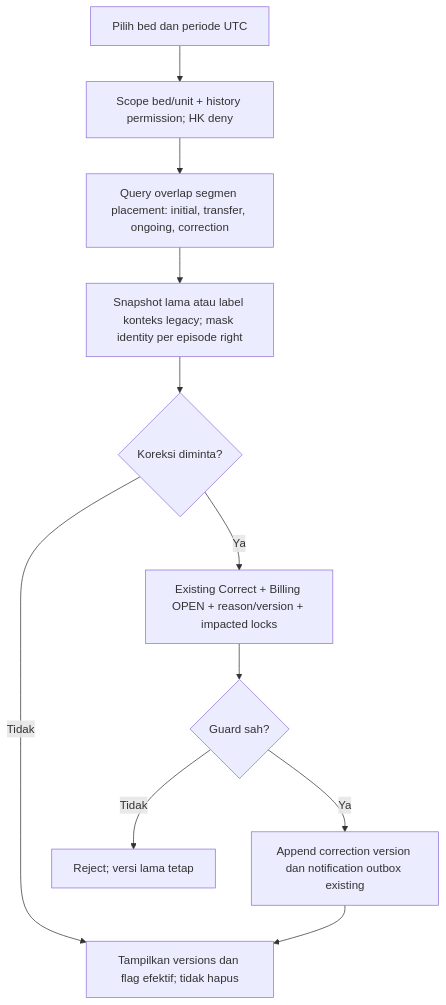
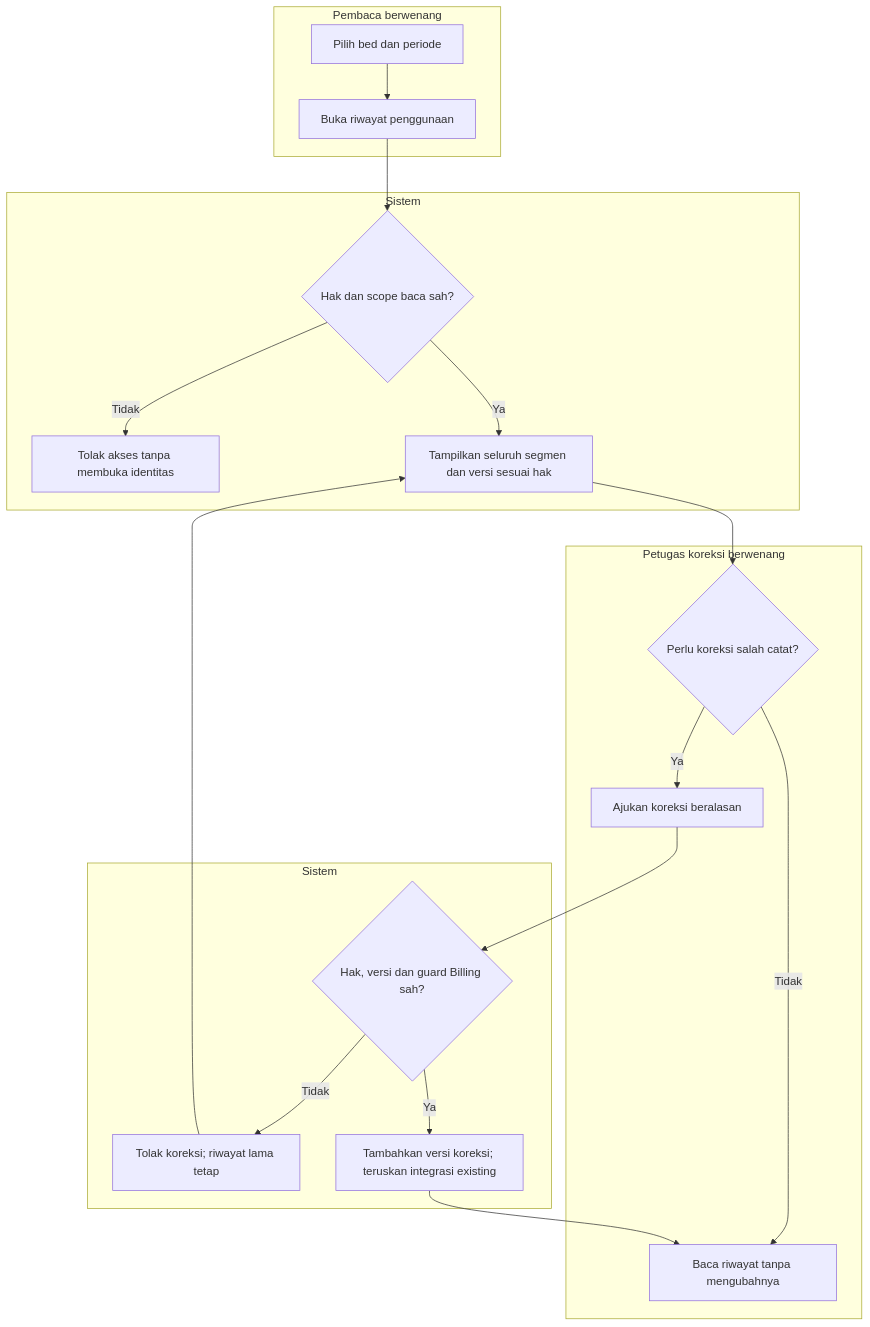
Before and after one commit to DevBenari/NewQuilvianSystemBackend: the diagram in docs/module-blueprints/rawat-inap/episode-rawat-inap/flowcharts/13-bed-usage-history-correction.md, drawn with Mermaid. The commit also changed other lines of this file and 19 other files, not shown here.

First line of the commit message:
Add bed management source snapshot for assessment BM-IMP-20261011-01

````diff
--- a/docs/module-blueprints/rawat-inap/episode-rawat-inap/flowcharts/13-bed-usage-history-correction.md
+++ b/docs/module-blueprints/rawat-inap/episode-rawat-inap/flowcharts/13-bed-usage-history-correction.md
@@ -7,13 +7,23 @@
 ```mermaid
 flowchart TD
- A["Pilih bed dan periode UTC"] --> B["Scope bed/unit + history permission; HK deny"]
- B --> C["Query overlap segmen placement: initial, transfer, ongoing, correction"]
- C --> D["Snapshot lama atau label konteks legacy; mask identity per episode right"]
- D --> E{"Koreksi diminta?"}
- E -- Tidak --> F["Tampilkan versions dan flag efektif; tidak hapus"]
- E -- Ya --> G["Existing Correct + Billing OPEN + reason/version + impacted locks"]
- G --> H{"Guard sah?"}
- H -- Tidak --> I["Reject; versi lama tetap"]
- H -- Ya --> J["Append correction version dan notification outbox existing"]
- J --> F
+ subgraph pembaca[Pembaca berwenang]
+  A["Pilih bed dan periode"] --> B["Buka riwayat penggunaan"]
+ end
+ subgraph sistem[Sistem]
+  B --> C{"Hak dan scope baca sah?"}
+  C -- Tidak --> D["Tolak akses tanpa membuka identitas"]
+  C -- Ya --> E["Tampilkan seluruh segmen dan versi sesuai hak"]
+ end
+ subgraph korektor[Petugas koreksi berwenang]
+  E --> F{"Perlu koreksi salah catat?"}
+  F -- Tidak --> G["Baca riwayat tanpa mengubahnya"]
+  F -- Ya --> H["Ajukan koreksi beralasan"]
+ end
+ subgraph validasi[Sistem]
+  H --> I{"Hak, versi dan guard Billing sah?"}
+  I -- Tidak --> J["Tolak koreksi; riwayat lama tetap"]
+  I -- Ya --> K["Tambahkan versi koreksi; teruskan integrasi existing"]
+ end
+ K --> G
+ J --> E
 ```
````
